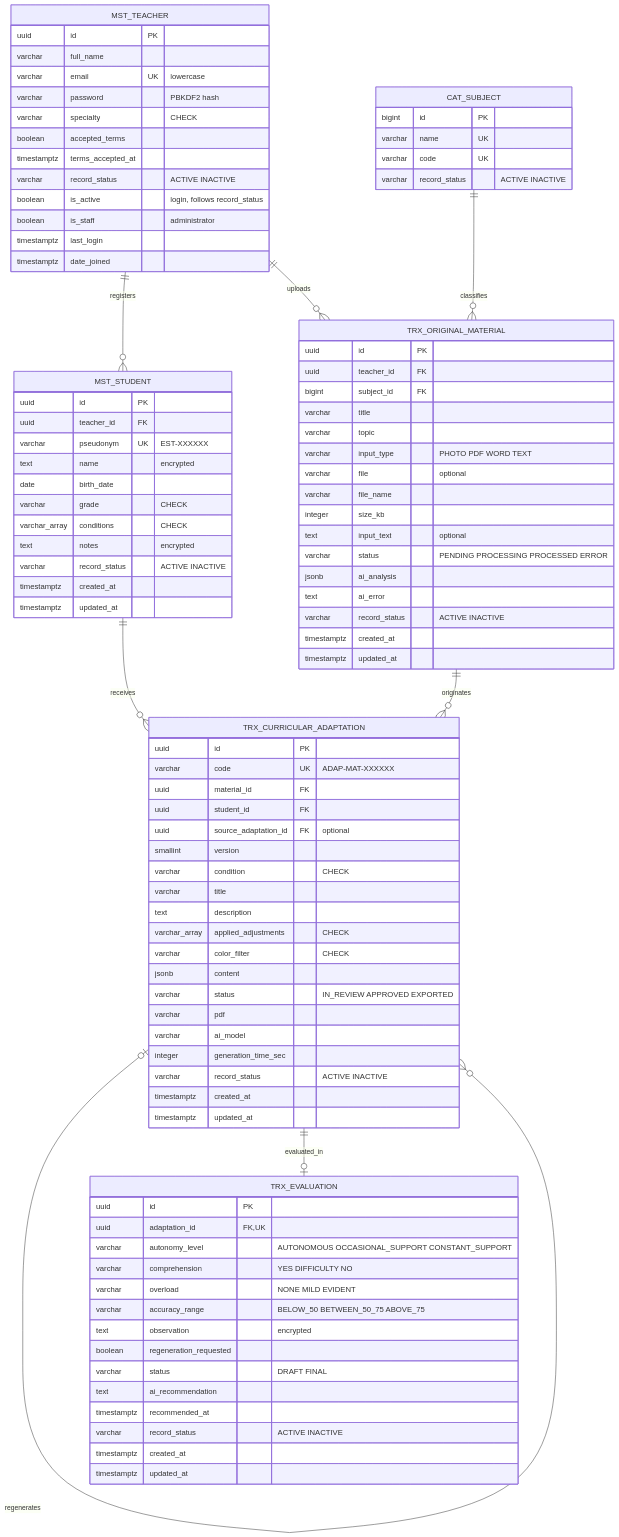
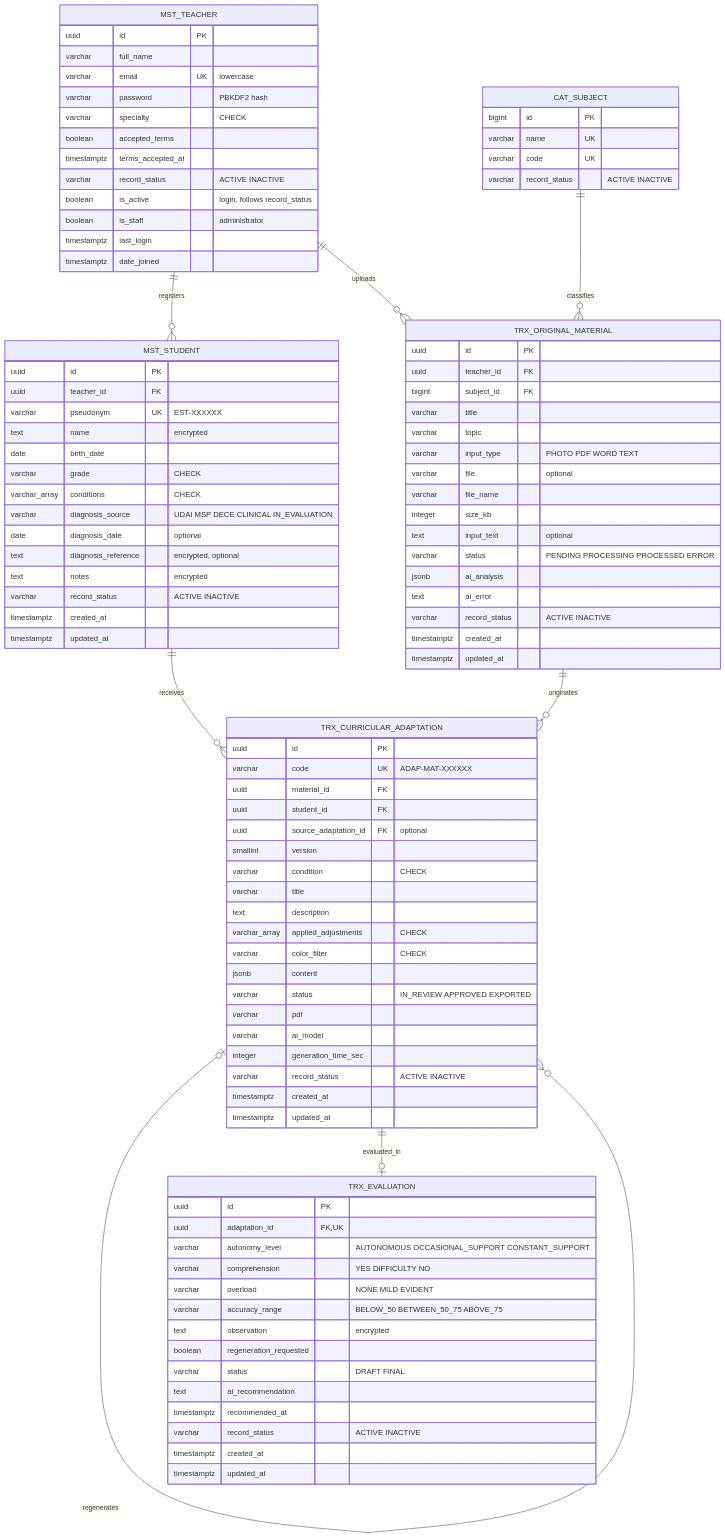
The diagram in docs/MER.md (jeandaly20/App_Maestro_Sombra), drawn with Mermaid before and after one commit. The commit also changed other lines of this file and 20 other files, not shown here.

```diff
--- a/docs/MER.md
+++ b/docs/MER.md
@@ -42,6 +42,9 @@
         date birth_date
         varchar grade "CHECK"
         varchar_array conditions "CHECK"
+        varchar diagnosis_source "UDAI MSP DECE CLINICAL IN_EVALUATION"
+        date diagnosis_date "optional"
+        text diagnosis_reference "encrypted, optional"
         text notes "encrypted"
         varchar record_status "ACTIVE INACTIVE"
         timestamptz created_at
```
